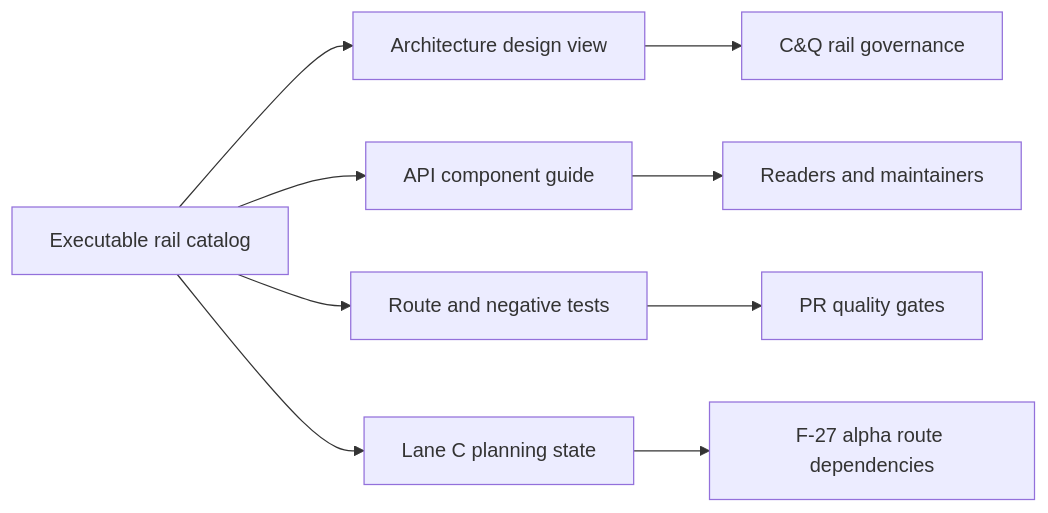
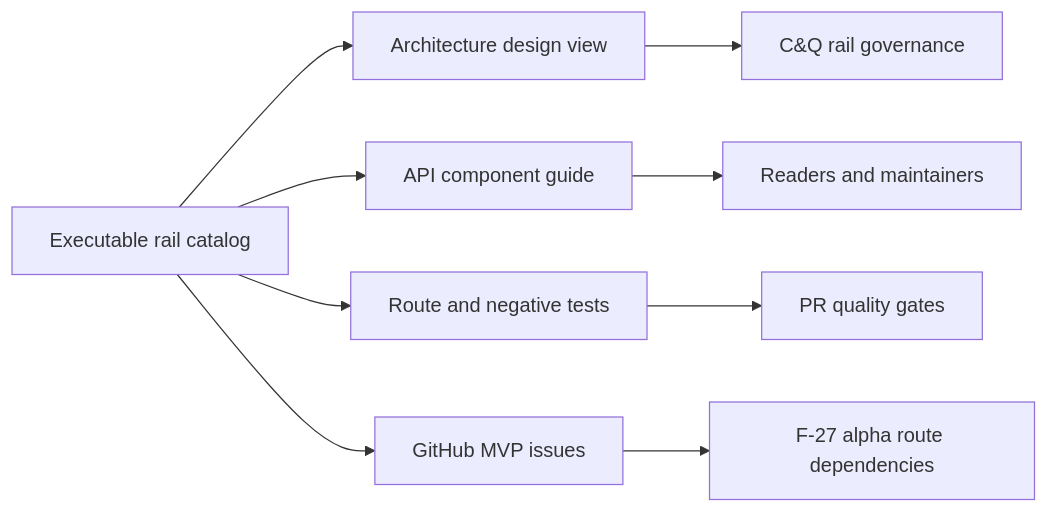
One commit to dunay2/dvt changed the second of 2 diagrams in docs/architecture/components/api/protected-runtime-command-query-rail-design.md. Above: the diagram before and after it, drawn with Mermaid. The commit also changed other lines of this file and 20 other files, not shown here.

````diff
--- a/docs/architecture/components/api/protected-runtime-command-query-rail-design.md
+++ b/docs/architecture/components/api/protected-runtime-command-query-rail-design.md
@@ -77,12 +77,12 @@
 ```mermaid
 flowchart LR
   Catalog["Executable rail catalog"] --> Architecture["Architecture design view"]
   Catalog --> ComponentGuide["API component guide"]
   Catalog --> RouteTests["Route and negative tests"]
-  Catalog --> Workboard["Lane C planning state"]
+  Catalog --> Issues["GitHub MVP issues"]
 
   Architecture --> Rules["C&Q rail governance"]
   ComponentGuide --> Operators["Readers and maintainers"]
   RouteTests --> CI["PR quality gates"]
-  Workboard --> Alpha["F-27 alpha route dependencies"]
+  Issues --> Alpha["F-27 alpha route dependencies"]
 ```
````
